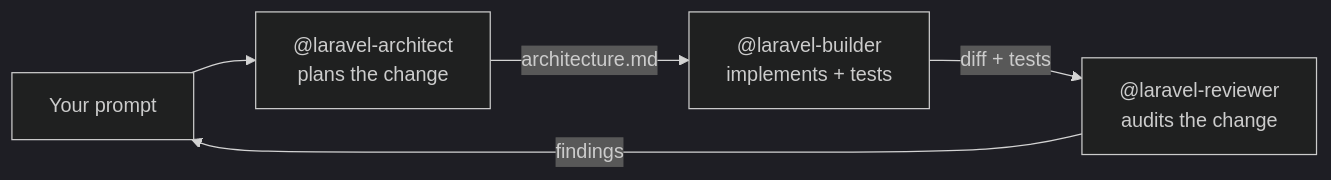
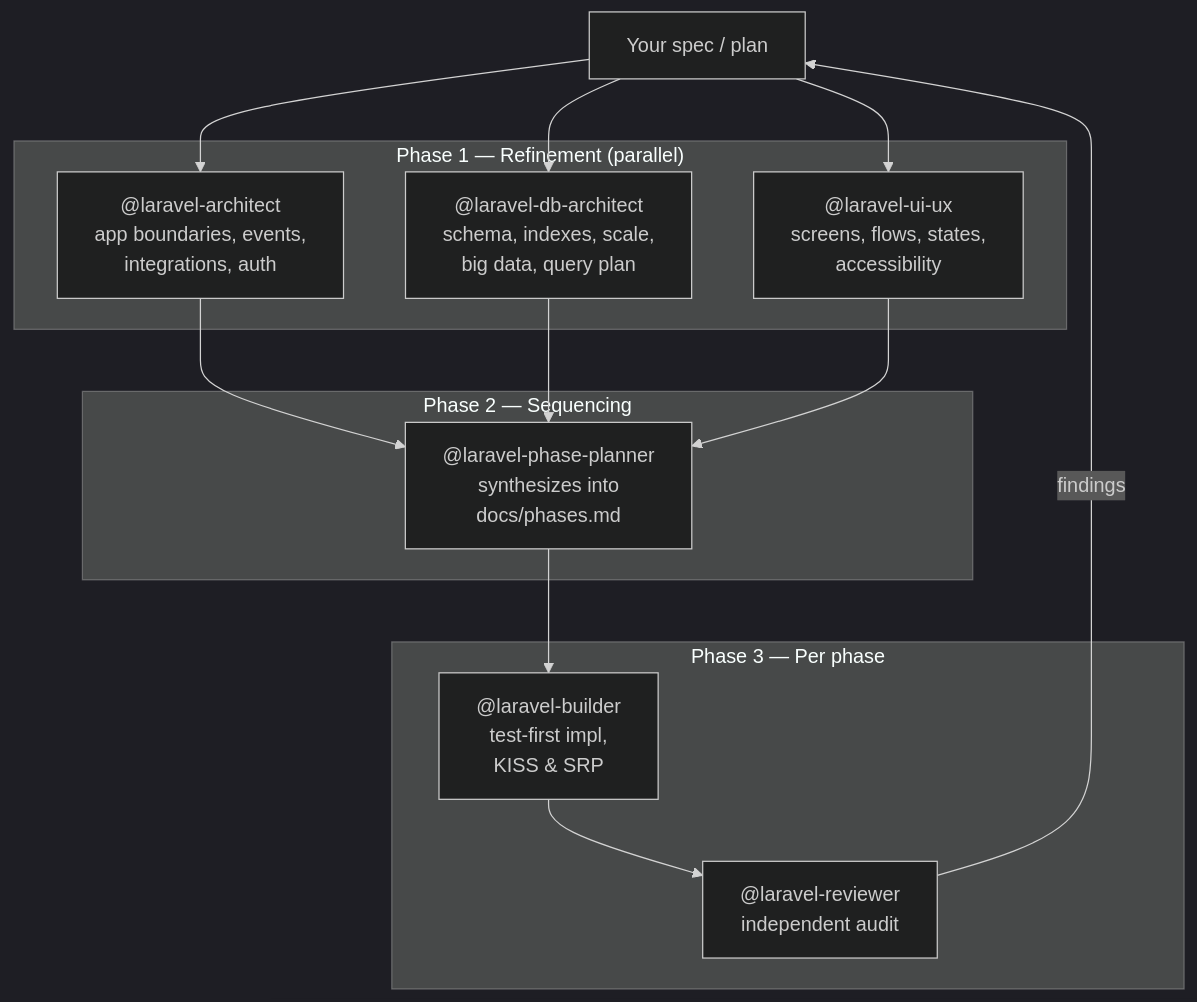
The diagram in README.md (bilalelhaj/laravel-engineering-agents), drawn with Mermaid (dark theme) before and after one commit. The commit also changed other lines of this file and 6 other files, not shown here.

First line of the commit message:
Expand to 6-agent pipeline with parallel refinement

````diff
--- a/README.md
+++ b/README.md
@@ -6,7 +8,25 @@
 ```mermaid
-flowchart LR
-    U[Your prompt] --> A["@laravel-architect<br/>plans the change"]
-    A -->|architecture.md| B["@laravel-builder<br/>implements + tests"]
-    B -->|diff + tests| R["@laravel-reviewer<br/>audits the change"]
+flowchart TB
+    U[Your spec / plan]
+
+    subgraph "Phase 1 — Refinement (parallel)"
+        A["@laravel-architect<br/>app boundaries, events,<br/>integrations, auth"]
+        D["@laravel-db-architect<br/>schema, indexes, scale,<br/>big data, query plan"]
+        UI["@laravel-ui-ux<br/>screens, flows, states,<br/>accessibility"]
+    end
+
+    subgraph "Phase 2 — Sequencing"
+        P["@laravel-phase-planner<br/>synthesizes into<br/>docs/phases.md"]
+    end
+
+    subgraph "Phase 3 — Per phase"
+        B["@laravel-builder<br/>test-first impl,<br/>KISS &amp; SRP"]
+        R["@laravel-reviewer<br/>independent audit"]
+    end
+
+    U --> A & D & UI
+    A & D & UI --> P
+    P --> B
+    B --> R
     R -->|findings| U
 ```
````
